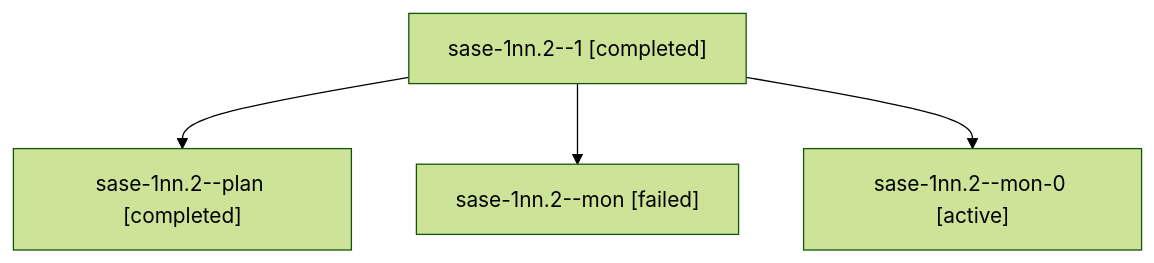
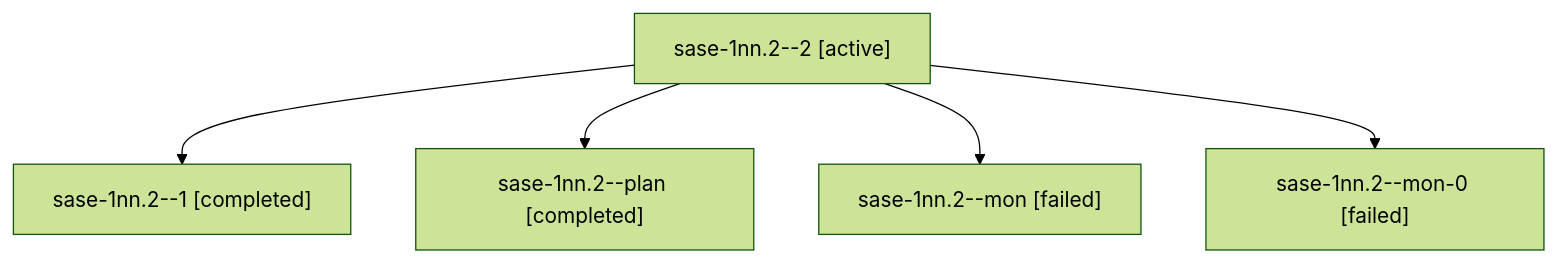
The diagram in sessions/bbugyi200.athena.sase-1nn.2.md (sase-org/sase--agents), drawn with Mermaid (forest theme) before and after one commit. The commit also changed other lines of this file and 81 other files, not shown here.

````diff
--- a/sessions/bbugyi200.athena.sase-1nn.2.md
+++ b/sessions/bbugyi200.athena.sase-1nn.2.md
@@ -9,10 +9,12 @@
 ```mermaid
 flowchart TD
-  n0["sase-1nn.2--1 [completed]"]
-  n1["sase-1nn.2--plan [completed]"]
+  n0["sase-1nn.2--2 [active]"]
+  n1["sase-1nn.2--1 [completed]"]
   n0 --> n1
-  n2["sase-1nn.2--mon [failed]"]
+  n2["sase-1nn.2--plan [completed]"]
   n0 --> n2
-  n3["sase-1nn.2--mon-0 [active]"]
+  n3["sase-1nn.2--mon [failed]"]
   n0 --> n3
+  n4["sase-1nn.2--mon-0 [failed]"]
+  n0 --> n4
 ```
````
